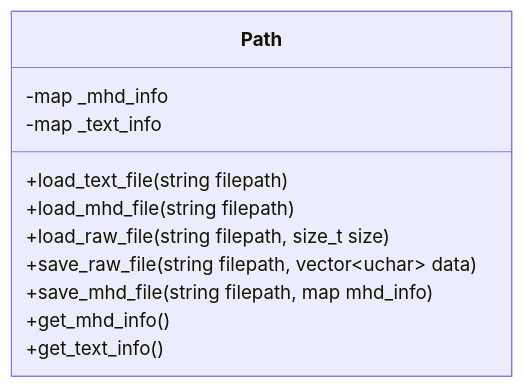
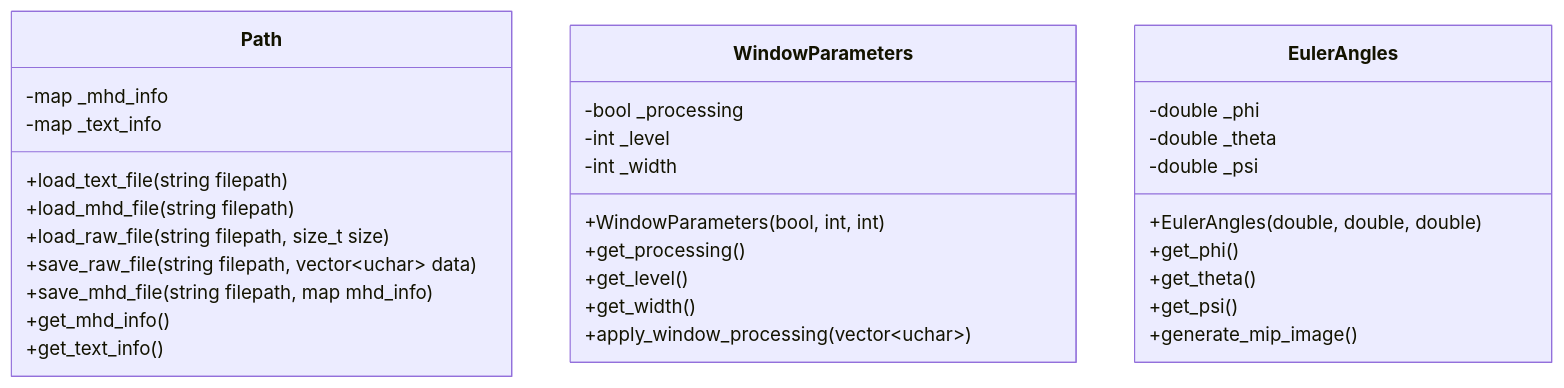
The diagram in readme.md (hayashichiho/SkillSemi), drawn with Mermaid before and after one commit. The commit also changed other lines of this file and 1 other file, not shown here.

Commit message:
[fix]githubにクラス図が表示されないので写真で対応

````diff
--- a/readme.md
+++ b/readme.md
@@ -64,14 +62,34 @@
 ```mermaid
 classDiagram
     class Path {
         -map<string,string> _mhd_info
         -map<string,string> _text_info
         +load_text_file(string filepath)
         +load_mhd_file(string filepath)
         +load_raw_file(string filepath, size_t size)
         +save_raw_file(string filepath, vector~uchar~ data)
         +save_mhd_file(string filepath, map<string,string> mhd_info)
         +get_mhd_info()
         +get_text_info()
     }
+    class WindowParameters {
+        -bool _processing
+        -int _level
+        -int _width
+        +WindowParameters(bool, int, int)
+        +get_processing()
+        +get_level()
+        +get_width()
+        +apply_window_processing(vector~uchar~)
+    }
+    class EulerAngles {
+        -double _phi
+        -double _theta
+        -double _psi
+        +EulerAngles(double, double, double)
+        +get_phi()
+        +get_theta()
+        +get_psi()
+        +generate_mip_image()
+    }
 ```
````
